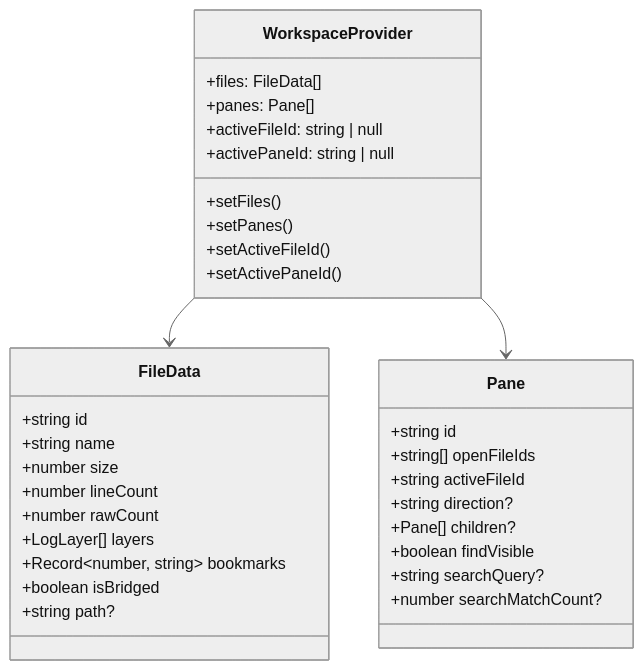
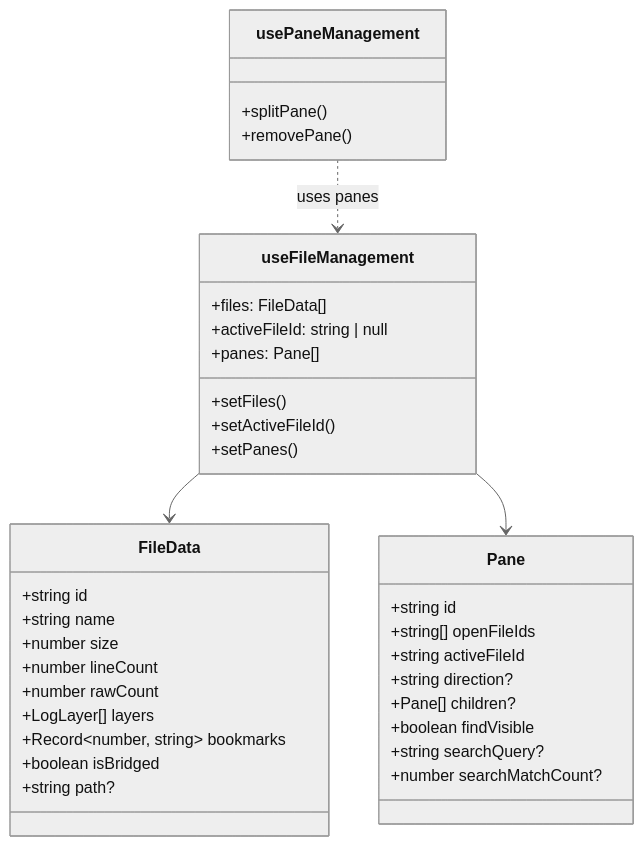
The ninth of 25 diagrams in megatron_mermaid.md (qmjianda/loglayer), drawn with Mermaid (neutral theme) before and after one commit. The commit also changed other lines of this file, not shown here.

First line of the commit message:
docs: 修正 megatron_mermaid.md 文档与代码不一致之处

````diff
--- a/megatron_mermaid.md
+++ b/megatron_mermaid.md
@@ -568,39 +575,43 @@
 ```mermaid
 classDiagram
-    class WorkspaceProvider {
+    class useFileManagement {
         +files: FileData[]
+        +activeFileId: string | null
         +panes: Pane[]
-        +activeFileId: string | null
-        +activePaneId: string | null
         +setFiles()
+        +setActiveFileId()
         +setPanes()
-        +setActiveFileId()
-        +setActivePaneId()
+    }
+    
+    class usePaneManagement {
+        +splitPane()
+        +removePane()
     }
     
     class FileData {
         +string id
         +string name
         +number size
         +number lineCount
         +number rawCount
         +LogLayer[] layers
         +Record~number, string~ bookmarks
         +boolean isBridged
         +string path?
     }
     
     class Pane {
         +string id
         +string[] openFileIds
         +string activeFileId
         +string direction?
         +Pane[] children?
         +boolean findVisible
         +string searchQuery?
         +number searchMatchCount?
     }
     
-    WorkspaceProvider --> FileData
-    WorkspaceProvider --> Pane
+    useFileManagement --> FileData
+    useFileManagement --> Pane
+    usePaneManagement ..> useFileManagement : uses panes
 ```
````
